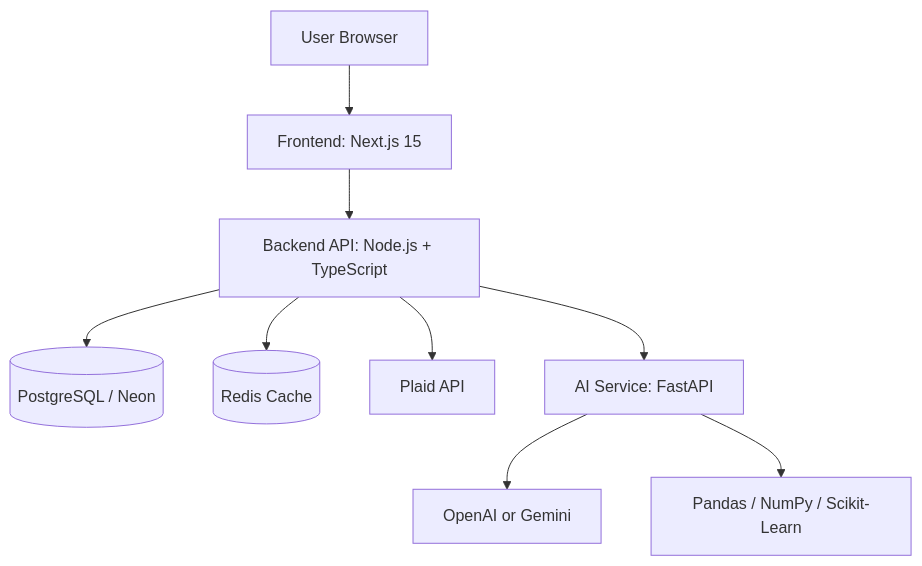
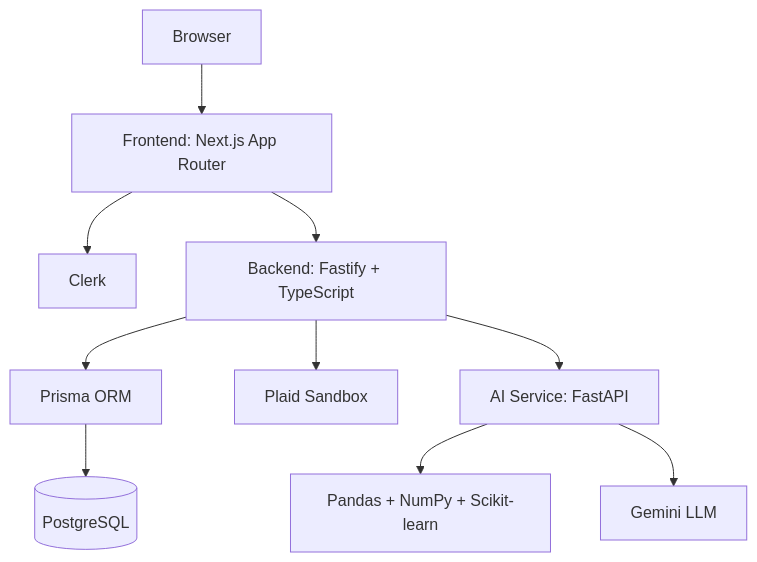
Before and after one commit to robokopftww/FinSight: the first of 4 diagrams in ARCHITECTURE.md, drawn with Mermaid. The commit also changed other lines of this file and 23 other files, not shown here.

````diff
--- a/ARCHITECTURE.md
+++ b/ARCHITECTURE.md
@@ -11,11 +7,12 @@
 ```mermaid
 flowchart TD
-    U[User Browser] --> F[Frontend: Next.js 15]
-    F --> B[Backend API: Node.js + TypeScript]
-    B --> DB[(PostgreSQL / Neon)]
-    B --> R[(Redis Cache)]
-    B --> P[Plaid API]
-    B --> A[AI Service: FastAPI]
-    A --> L[OpenAI or Gemini]
-    A --> M[Pandas / NumPy / Scikit-Learn]
+    Browser["Browser"] --> Frontend["Frontend: Next.js App Router"]
+    Frontend --> Clerk["Clerk"]
+    Frontend --> Backend["Backend: Fastify + TypeScript"]
+    Backend --> Prisma["Prisma ORM"]
+    Prisma --> Postgres[("PostgreSQL")]
+    Backend --> Plaid["Plaid Sandbox"]
+    Backend --> AI["AI Service: FastAPI"]
+    AI --> Analytics["Pandas + NumPy + Scikit-learn"]
+    AI --> Gemini["Gemini LLM"]
 ```
````
